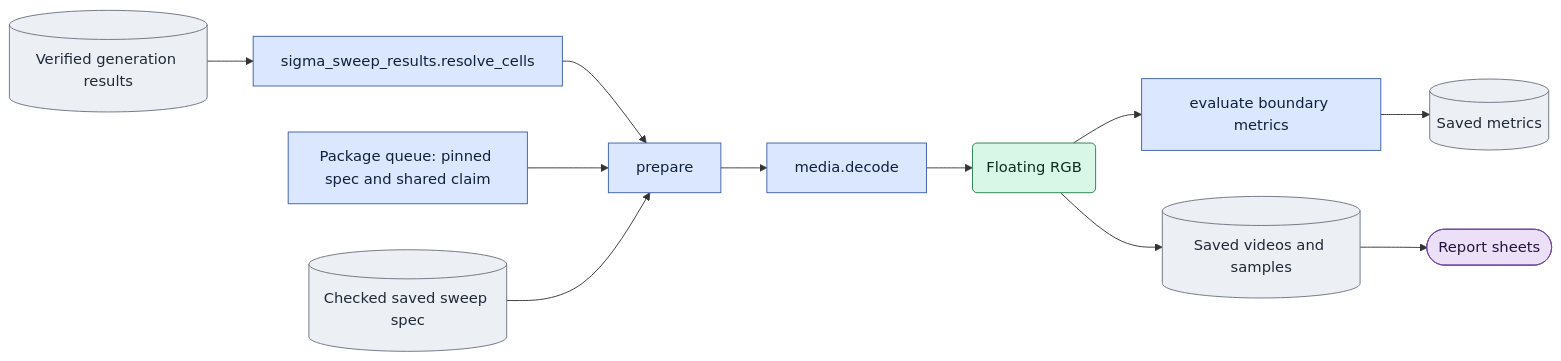
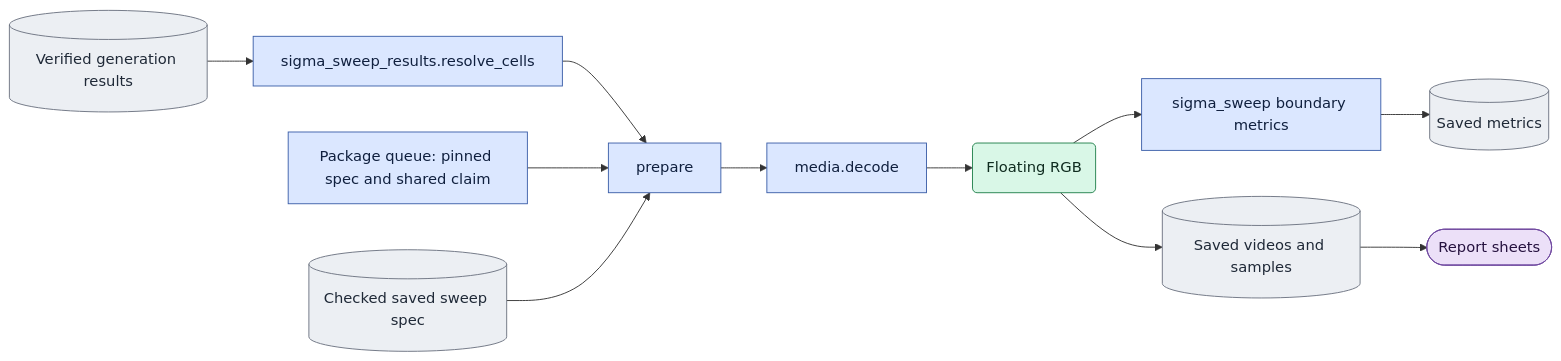
Before and after one commit to AtlantixJJ/LTX-2: the diagram in scripts/onestep_avatar/doc/experiments/sigma_sweep.md, drawn with Mermaid. The commit also changed other lines of this file and 35 other files, not shown here.

````diff
--- a/scripts/onestep_avatar/doc/experiments/sigma_sweep.md
+++ b/scripts/onestep_avatar/doc/experiments/sigma_sweep.md
@@ -36,21 +36,21 @@
 ```mermaid
 flowchart LR
   results[(Verified generation results)] --> resolve[sigma_sweep_results.resolve_cells]
   resolve --> preflight
   queue[Package queue: pinned spec and shared claim] --> preflight
   spec[(Checked saved sweep spec)] --> preflight[prepare]
   preflight --> decode[media.decode]
   decode --> pixels(Floating RGB)
-  pixels --> score[evaluate boundary metrics]
+  pixels --> score[sigma_sweep boundary metrics]
   pixels --> samples[(Saved videos and samples)]
   score --> metrics[(Saved metrics)]
   samples --> report([Report sheets])
   classDef code fill:#dbe7ff,stroke:#3b5ea8,color:#10203f;
   classDef disk fill:#eceff3,stroke:#6b7280,color:#1f2937;
   classDef tensor fill:#d9f7e7,stroke:#20804b,color:#102c20;
   classDef out fill:#ece0f8,stroke:#7048a0,color:#26123f;
   class queue,resolve,preflight,decode,score code;
   class results,spec,samples,metrics disk;
   class pixels tensor;
   class report out;
 ```
````
